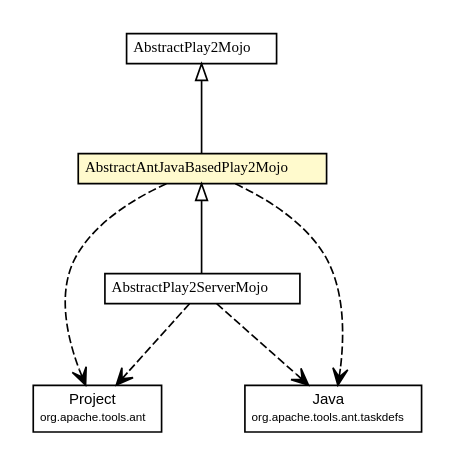
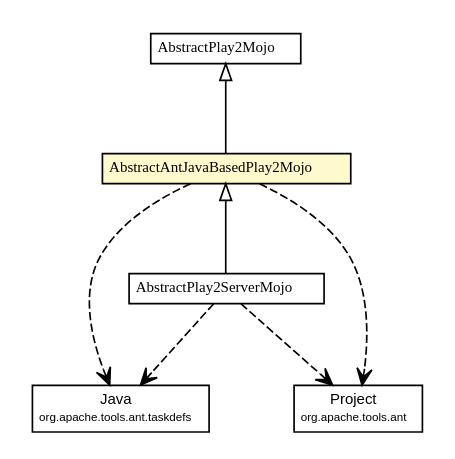
One commit to play2-maven-plugin/play2-maven-plugin.github.io changed the diagram in play2-maven-plugin/1.0.0-beta6-SNAPSHOT/play2-maven-plugin/apidocs/com/google/code/play2/plugin/AbstractAntJavaBasedPlay2Mojo.dot. Above: the diagram before and after it, drawn with Graphviz. The commit also changed 339 other files, not shown here.

```diff
--- a/play2-maven-plugin/1.0.0-beta6-SNAPSHOT/play2-maven-plugin/apidocs/com/google/code/play2/plugin/AbstractAntJavaBasedPlay2Mojo.dot
+++ b/play2-maven-plugin/1.0.0-beta6-SNAPSHOT/play2-maven-plugin/apidocs/com/google/code/play2/plugin/AbstractAntJavaBasedPlay2Mojo.dot
@@ -1,56 +1,56 @@
 #!/usr/local/bin/dot
 #
 # Class diagram 
 # Generated by UMLGraph version R5_6-24-gf6e263 (http://www.umlgraph.org/)
 #
 
 digraph G {
 	edge [fontname="arial",fontsize=10,labelfontname="arial",labelfontsize=10];
 	node [fontname="arial",fontsize=10,shape=plaintext];
 	nodesep=0.25;
 	ranksep=0.5;
 	// com.google.code.play2.plugin.AbstractPlay2ServerMojo
 	c83 [label=<<table title="com.google.code.play2.plugin.AbstractPlay2ServerMojo" border="0" cellborder="1" cellspacing="0" cellpadding="2" port="p" href="./AbstractPlay2ServerMojo.html">
 		<tr><td><table border="0" cellspacing="0" cellpadding="1">
 <tr><td align="center" balign="center"><font face="arial italic"> AbstractPlay2ServerMojo </font></td></tr>
 		</table></td></tr>
 		</table>>, URL="./AbstractPlay2ServerMojo.html", fontname="arial", fontcolor="black", fontsize=9.0];
 	// com.google.code.play2.plugin.AbstractPlay2Mojo
 	c95 [label=<<table title="com.google.code.play2.plugin.AbstractPlay2Mojo" border="0" cellborder="1" cellspacing="0" cellpadding="2" port="p" href="./AbstractPlay2Mojo.html">
 		<tr><td><table border="0" cellspacing="0" cellpadding="1">
 <tr><td align="center" balign="center"><font face="arial italic"> AbstractPlay2Mojo </font></td></tr>
 		</table></td></tr>
 		</table>>, URL="./AbstractPlay2Mojo.html", fontname="arial", fontcolor="black", fontsize=9.0];
 	// com.google.code.play2.plugin.AbstractAntJavaBasedPlay2Mojo
 	c109 [label=<<table title="com.google.code.play2.plugin.AbstractAntJavaBasedPlay2Mojo" border="0" cellborder="1" cellspacing="0" cellpadding="2" port="p" bgcolor="lemonChiffon" href="./AbstractAntJavaBasedPlay2Mojo.html">
 		<tr><td><table border="0" cellspacing="0" cellpadding="1">
 <tr><td align="center" balign="center"><font face="arial italic"> AbstractAntJavaBasedPlay2Mojo </font></td></tr>
 		</table></td></tr>
 		</table>>, URL="./AbstractAntJavaBasedPlay2Mojo.html", fontname="arial", fontcolor="black", fontsize=9.0];
 	//com.google.code.play2.plugin.AbstractPlay2ServerMojo extends com.google.code.play2.plugin.AbstractAntJavaBasedPlay2Mojo
 	c109:p -> c83:p [dir=back,arrowtail=empty];
 	//com.google.code.play2.plugin.AbstractAntJavaBasedPlay2Mojo extends com.google.code.play2.plugin.AbstractPlay2Mojo
 	c95:p -> c109:p [dir=back,arrowtail=empty];
+	// com.google.code.play2.plugin.AbstractPlay2ServerMojo DEPEND org.apache.tools.ant.taskdefs.Java
+	c83:p -> c182:p [taillabel="", label="", headlabel="", fontname="arial", fontcolor="black", fontsize=10.0, color="black", arrowhead=open, style=dashed];
 	// com.google.code.play2.plugin.AbstractPlay2ServerMojo DEPEND org.apache.tools.ant.Project
-	c83:p -> c182:p [taillabel="", label="", headlabel="", fontname="arial", fontcolor="black", fontsize=10.0, color="black", arrowhead=open, style=dashed];
-	// com.google.code.play2.plugin.AbstractPlay2ServerMojo DEPEND org.apache.tools.ant.taskdefs.Java
-	c83:p -> c201:p [taillabel="", label="", headlabel="", fontname="arial", fontcolor="black", fontsize=10.0, color="black", arrowhead=open, style=dashed];
+	c83:p -> c195:p [taillabel="", label="", headlabel="", fontname="arial", fontcolor="black", fontsize=10.0, color="black", arrowhead=open, style=dashed];
+	// com.google.code.play2.plugin.AbstractAntJavaBasedPlay2Mojo DEPEND org.apache.tools.ant.taskdefs.Java
+	c109:p -> c182:p [taillabel="", label="", headlabel="", fontname="arial", fontcolor="black", fontsize=10.0, color="black", arrowhead=open, style=dashed];
 	// com.google.code.play2.plugin.AbstractAntJavaBasedPlay2Mojo DEPEND org.apache.tools.ant.Project
-	c109:p -> c182:p [taillabel="", label="", headlabel="", fontname="arial", fontcolor="black", fontsize=10.0, color="black", arrowhead=open, style=dashed];
-	// com.google.code.play2.plugin.AbstractAntJavaBasedPlay2Mojo DEPEND org.apache.tools.ant.taskdefs.Java
-	c109:p -> c201:p [taillabel="", label="", headlabel="", fontname="arial", fontcolor="black", fontsize=10.0, color="black", arrowhead=open, style=dashed];
+	c109:p -> c195:p [taillabel="", label="", headlabel="", fontname="arial", fontcolor="black", fontsize=10.0, color="black", arrowhead=open, style=dashed];
 	// org.apache.tools.ant.Project
-	c182 [label=<<table title="org.apache.tools.ant.Project" border="0" cellborder="1" cellspacing="0" cellpadding="2" port="p" href="http://play2-maven-plugin.github.io/external-apidocs/org/apache/ant/ant/1.9.4/org/apache/tools/ant/Project.html">
+	c195 [label=<<table title="org.apache.tools.ant.Project" border="0" cellborder="1" cellspacing="0" cellpadding="2" port="p" href="http://play2-maven-plugin.github.io/external-apidocs/org/apache/ant/ant/1.9.4/org/apache/tools/ant/Project.html">
 		<tr><td><table border="0" cellspacing="0" cellpadding="1">
 <tr><td align="center" balign="center"> Project </td></tr>
 <tr><td align="center" balign="center"><font point-size="7.0"> org.apache.tools.ant </font></td></tr>
 		</table></td></tr>
 		</table>>, URL="http://play2-maven-plugin.github.io/external-apidocs/org/apache/ant/ant/1.9.4/org/apache/tools/ant/Project.html", fontname="arial", fontcolor="black", fontsize=9.0];
 	// org.apache.tools.ant.taskdefs.Java
-	c201 [label=<<table title="org.apache.tools.ant.taskdefs.Java" border="0" cellborder="1" cellspacing="0" cellpadding="2" port="p" href="http://play2-maven-plugin.github.io/external-apidocs/org/apache/ant/ant/1.9.4/org/apache/tools/ant/taskdefs/Java.html">
+	c182 [label=<<table title="org.apache.tools.ant.taskdefs.Java" border="0" cellborder="1" cellspacing="0" cellpadding="2" port="p" href="http://play2-maven-plugin.github.io/external-apidocs/org/apache/ant/ant/1.9.4/org/apache/tools/ant/taskdefs/Java.html">
 		<tr><td><table border="0" cellspacing="0" cellpadding="1">
 <tr><td align="center" balign="center"> Java </td></tr>
 <tr><td align="center" balign="center"><font point-size="7.0"> org.apache.tools.ant.taskdefs </font></td></tr>
 		</table></td></tr>
 		</table>>, URL="http://play2-maven-plugin.github.io/external-apidocs/org/apache/ant/ant/1.9.4/org/apache/tools/ant/taskdefs/Java.html", fontname="arial", fontcolor="black", fontsize=9.0];
 }
```
